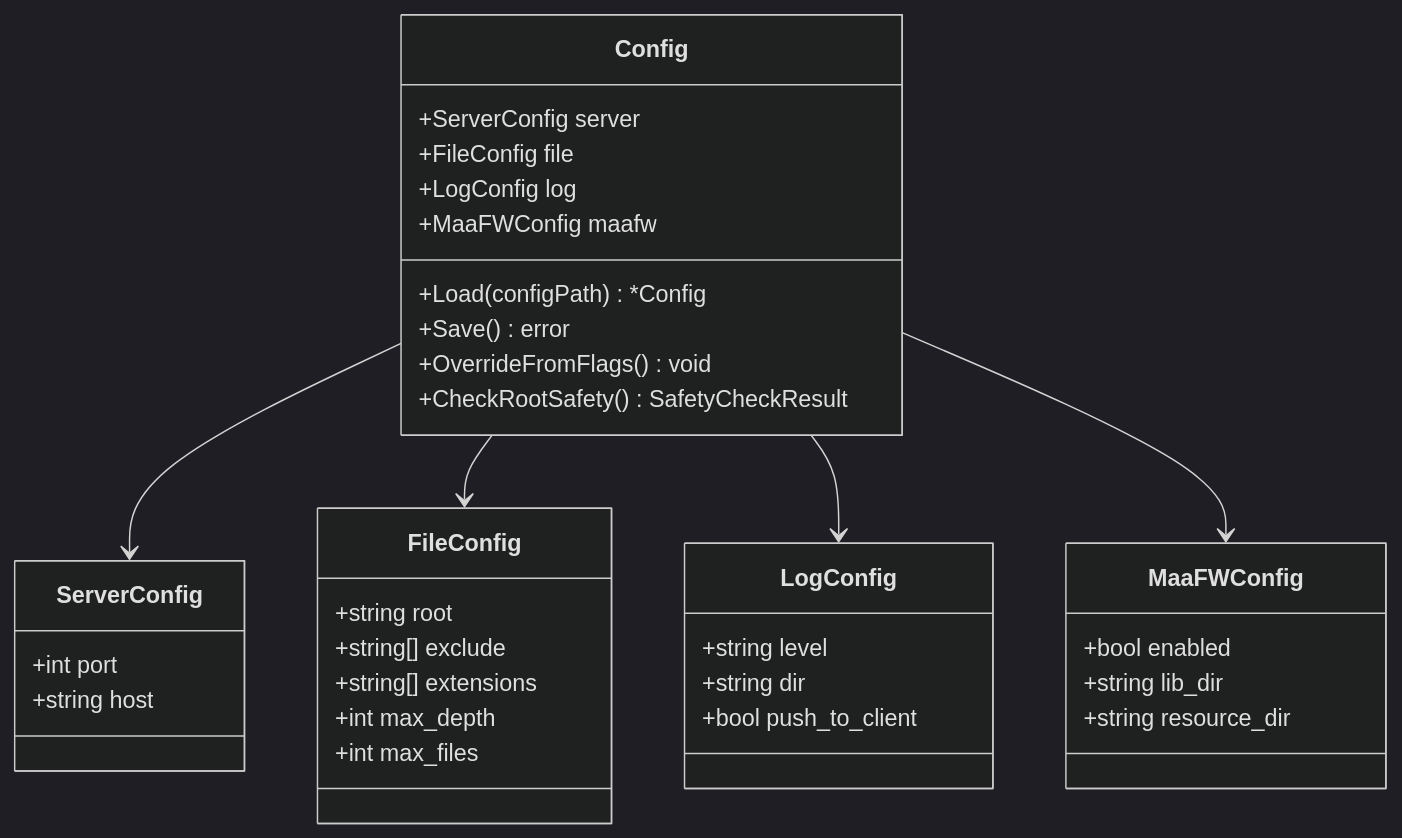
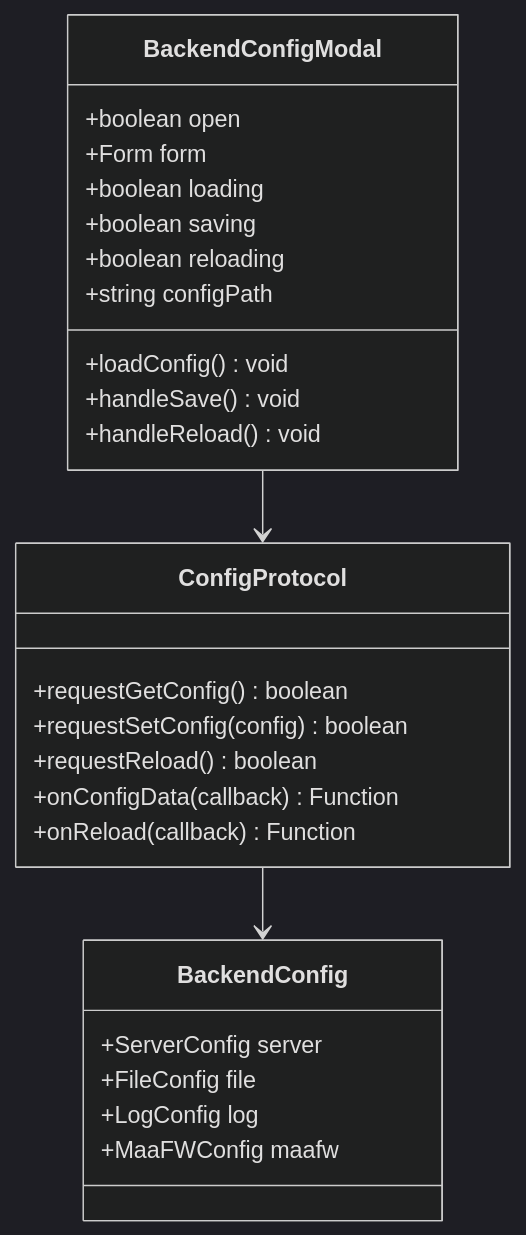
The third of 9 diagrams in .qoder/repowiki/zh/content/用户界面/面板系统/配置面板/本地服务配置区域.md (kqcoxn/MaaPipelineEditor), drawn with Mermaid (dark theme) before and after one commit. The commit also changed other lines of this file and 50 other files, not shown here.

````diff
--- a/.qoder/repowiki/zh/content/用户界面/面板系统/配置面板/本地服务配置区域.md
+++ b/.qoder/repowiki/zh/content/用户界面/面板系统/配置面板/本地服务配置区域.md
@@ -96,38 +165,29 @@
 ```mermaid
 classDiagram
-class Config {
+class BackendConfigModal {
++boolean open
++Form form
++boolean loading
++boolean saving
++boolean reloading
++string configPath
++loadConfig() void
++handleSave() void
++handleReload() void
+}
+class ConfigProtocol {
++requestGetConfig() boolean
++requestSetConfig(config) boolean
++requestReload() boolean
++onConfigData(callback) Function
++onReload(callback) Function
+}
+class BackendConfig {
 +ServerConfig server
 +FileConfig file
 +LogConfig log
 +MaaFWConfig maafw
-+Load(configPath) *Config
-+Save() error
-+OverrideFromFlags() void
-+CheckRootSafety() SafetyCheckResult
 }
-class ServerConfig {
-+int port
-+string host
-}
-class FileConfig {
-+string root
-+string[] exclude
-+string[] extensions
-+int max_depth
-+int max_files
-}
-class LogConfig {
-+string level
-+string dir
-+bool push_to_client
-}
-class MaaFWConfig {
-+bool enabled
-+string lib_dir
-+string resource_dir
-}
-Config --> ServerConfig
-Config --> FileConfig
-Config --> LogConfig
-Config --> MaaFWConfig
+BackendConfigModal --> ConfigProtocol
+ConfigProtocol --> BackendConfig
 ```
````
